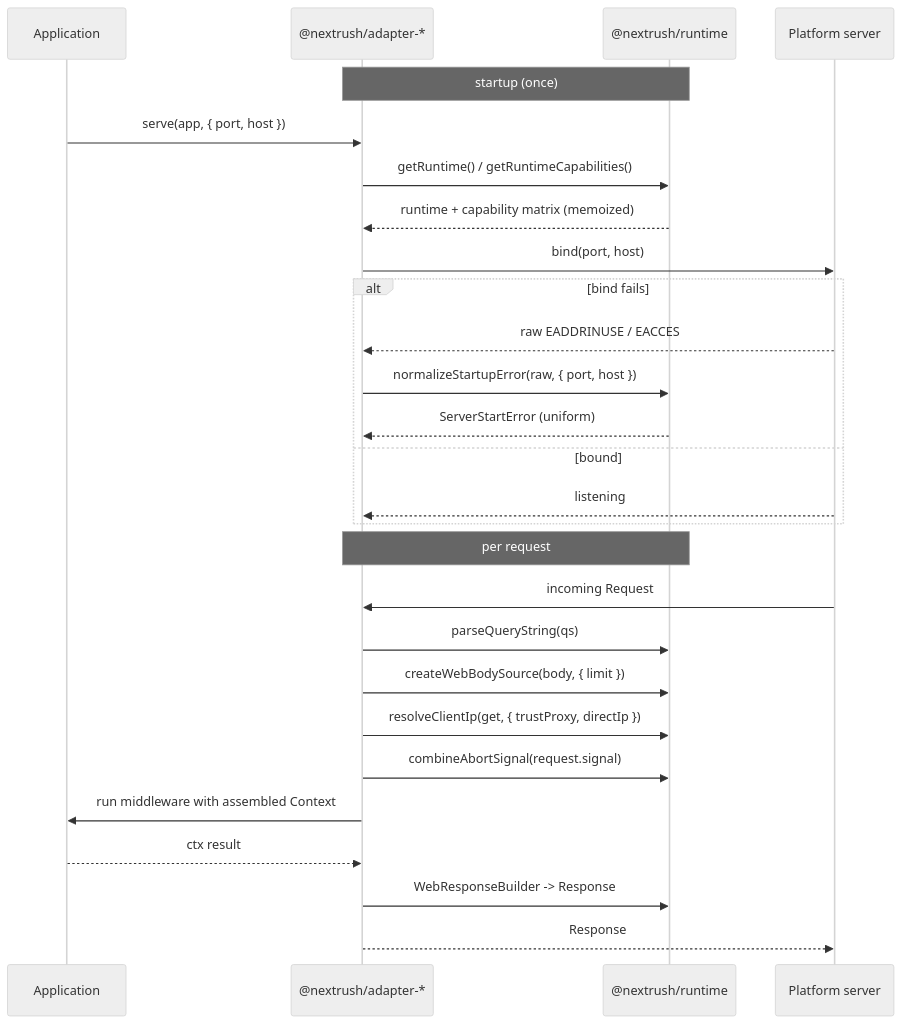
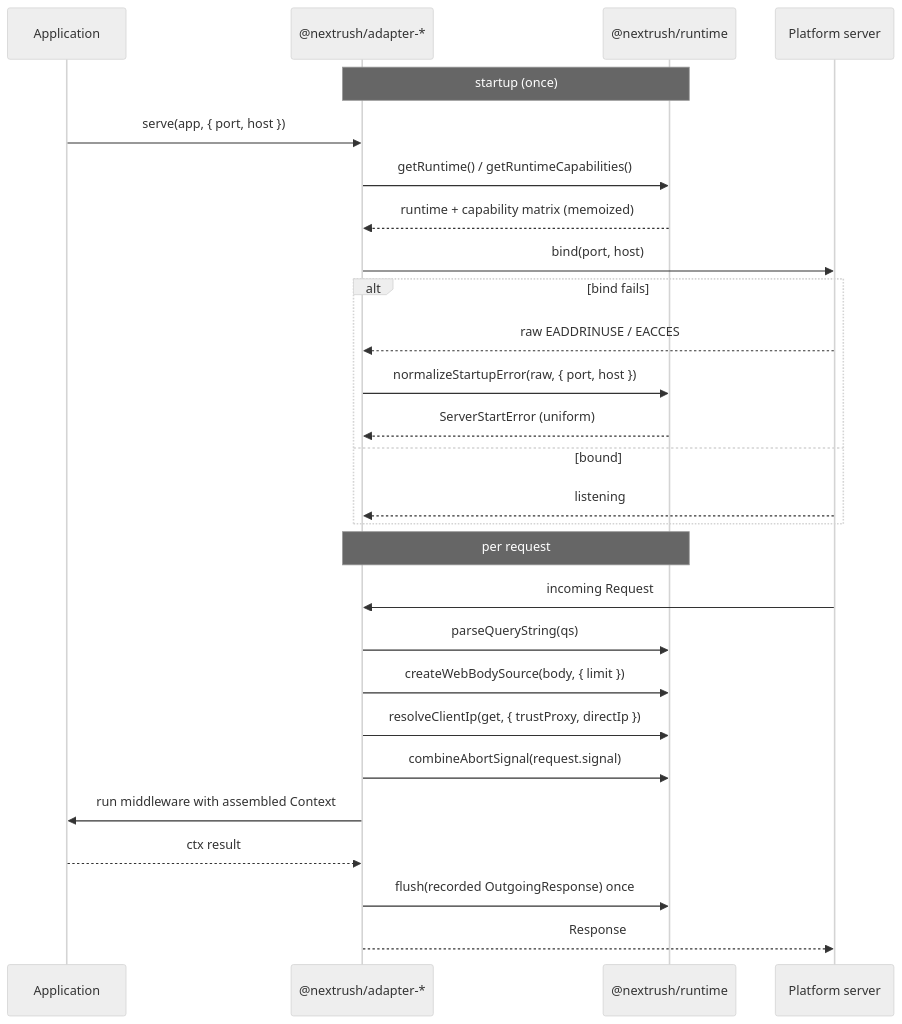
Before and after one commit to 0xTanzim/nextRush: the third of 6 diagrams in packages/runtime/ARCHITECTURE.md, drawn with Mermaid (neutral theme). The commit also changed other lines of this file and 8 other files, not shown here.

First line of the commit message:
feat(runtime): flush the recorded response on the Web family

````diff
--- a/packages/runtime/ARCHITECTURE.md
+++ b/packages/runtime/ARCHITECTURE.md
@@ -182,31 +186,31 @@
 ```mermaid
 sequenceDiagram
     participant App as Application
     participant Adapter as @nextrush/adapter-*
     participant RT as @nextrush/runtime
     participant Server as Platform server
 
     Note over Adapter,RT: startup (once)
     App->>Adapter: serve(app, { port, host })
     Adapter->>RT: getRuntime() / getRuntimeCapabilities()
     RT-->>Adapter: runtime + capability matrix (memoized)
     Adapter->>Server: bind(port, host)
     alt bind fails
         Server-->>Adapter: raw EADDRINUSE / EACCES
         Adapter->>RT: normalizeStartupError(raw, { port, host })
         RT-->>Adapter: ServerStartError (uniform)
     else bound
         Server-->>Adapter: listening
     end
 
     Note over Adapter,RT: per request
     Server->>Adapter: incoming Request
     Adapter->>RT: parseQueryString(qs)
     Adapter->>RT: createWebBodySource(body, { limit })
     Adapter->>RT: resolveClientIp(get, { trustProxy, directIp })
     Adapter->>RT: combineAbortSignal(request.signal)
     Adapter->>App: run middleware with assembled Context
     App-->>Adapter: ctx result
-    Adapter->>RT: WebResponseBuilder -> Response
+    Adapter->>RT: flush(recorded OutgoingResponse) once
     Adapter-->>Server: Response
 ```
````
